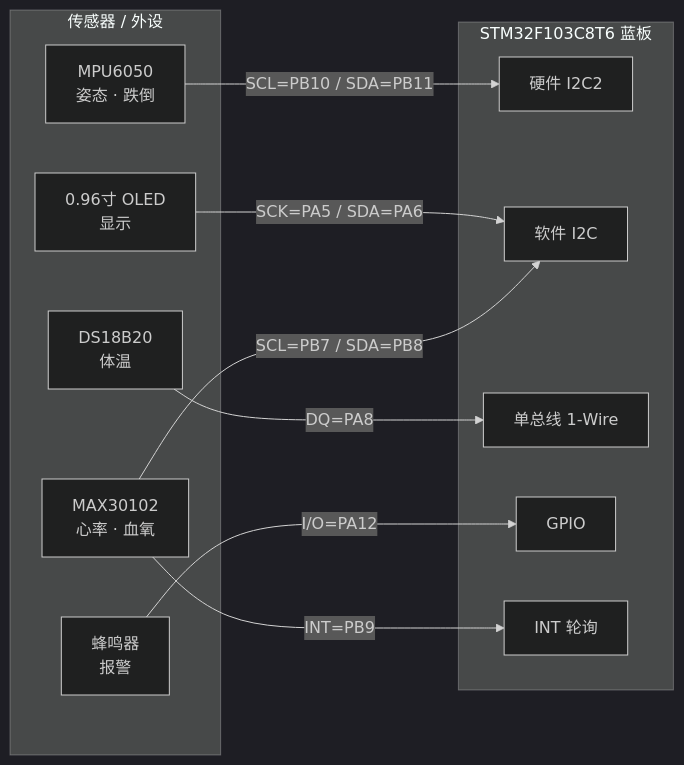
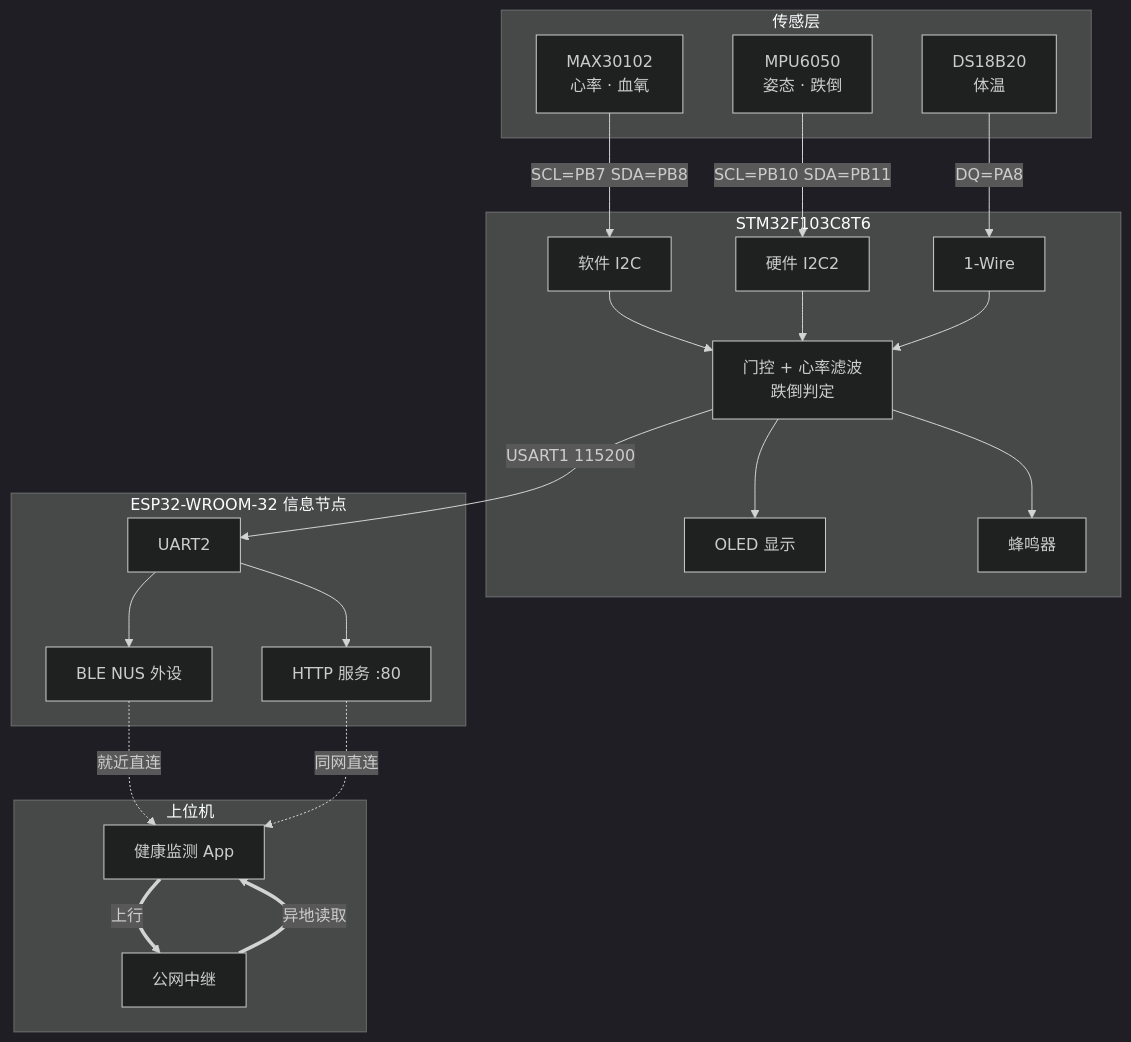
Before and after one commit to PandaGuGu/stm32-health-monitor: the first of 2 diagrams in README.md, drawn with Mermaid (dark theme). The commit also changed other lines of this file and 2 other files, not shown here.

````diff
--- a/README.md
+++ b/README.md
@@ -66,25 +63,44 @@
 ```mermaid
-flowchart LR
-    subgraph Sensors["传感器 / 外设"]
+flowchart TB
+    subgraph SENSOR["传感层"]
         HR["MAX30102<br/>心率 · 血氧"]
         IMU["MPU6050<br/>姿态 · 跌倒"]
         TEMP["DS18B20<br/>体温"]
-        BUZ["蜂鸣器<br/>报警"]
-        LCD["0.96寸 OLED<br/>显示"]
     end
 
-    subgraph MCU["STM32F103C8T6 蓝板"]
+    subgraph MCU["STM32F103C8T6"]
+        SWI["软件 I2C"]
         I2C2["硬件 I2C2"]
-        SWI["软件 I2C"]
-        OW["单总线 1-Wire"]
-        GPIO["GPIO"]
-        POLL["INT 轮询"]
+        OW["1-Wire"]
+        DSP["门控 + 心率滤波<br/>跌倒判定"]
+        OLED["OLED 显示"]
+        BUZ["蜂鸣器"]
     end
 
-    HR -- "SCL=PB7 / SDA=PB8" --> SWI
-    HR -- "INT=PB9" --> POLL
-    IMU -- "SCL=PB10 / SDA=PB11" --> I2C2
-    TEMP -- "DQ=PA8" --> OW
-    LCD -- "SCK=PA5 / SDA=PA6" --> SWI
-    BUZ -- "I/O=PA12" --> GPIO
+    subgraph NET["ESP32-WROOM-32 信息节点"]
+        UART["UART2"]
+        BLE["BLE NUS 外设"]
+        HTTP["HTTP 服务 :80"]
+    end
+
+    subgraph HOST["上位机"]
+        APP["健康监测 App"]
+        RELAY["公网中继"]
+    end
+
+    HR -->|"SCL=PB7 SDA=PB8"| SWI
+    IMU -->|"SCL=PB10 SDA=PB11"| I2C2
+    TEMP -->|"DQ=PA8"| OW
+    SWI --> DSP
+    I2C2 --> DSP
+    OW --> DSP
+    DSP --> OLED
+    DSP --> BUZ
+    DSP -->|"USART1 115200"| UART
+    UART --> BLE
+    UART --> HTTP
+    BLE -.->|"就近直连"| APP
+    HTTP -.->|"同网直连"| APP
+    APP ==>|"上行"| RELAY
+    RELAY ==>|"异地读取"| APP
 ```
````
